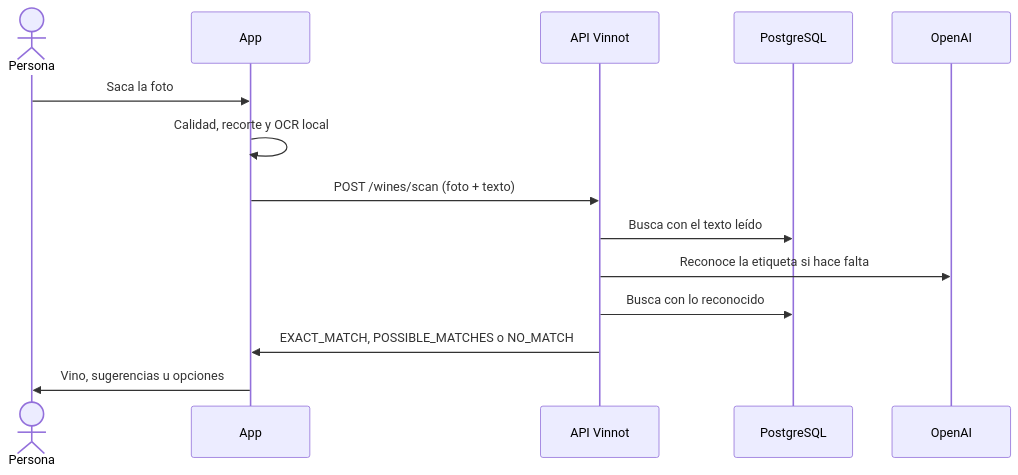
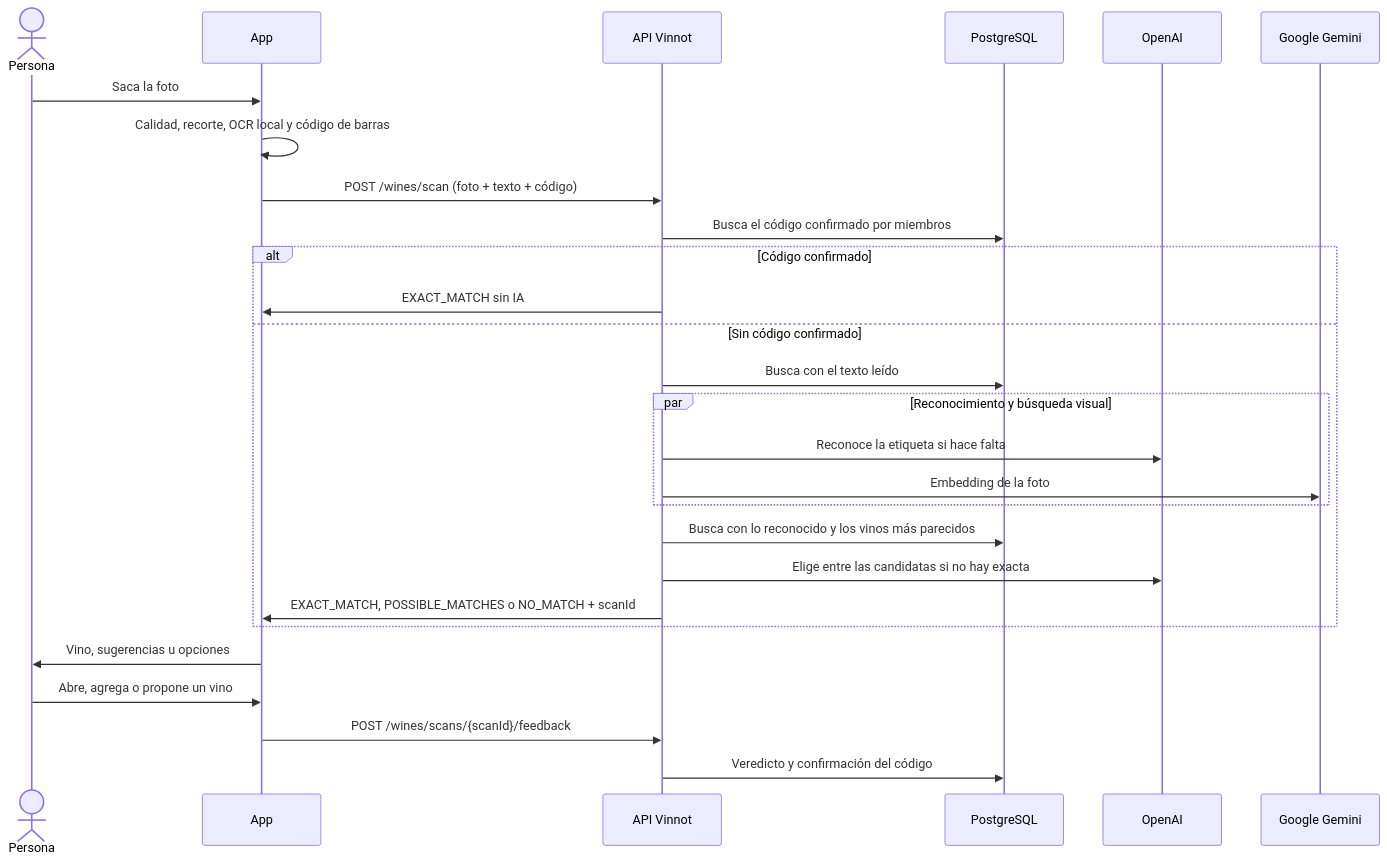
Before and after one commit to Bielaszczuk/vinnot-demo: the diagram in docs/es/modules/wines/use-cases/uc-win-05-scan-label.md, drawn with Mermaid. The commit also changed other lines of this file and 218 other files, not shown here.

````diff
--- a/docs/es/modules/wines/use-cases/uc-win-05-scan-label.md
+++ b/docs/es/modules/wines/use-cases/uc-win-05-scan-label.md
@@ -52,16 +74,29 @@
 ```mermaid
 sequenceDiagram
     actor U as Persona
     participant APP as App
     participant API as API Vinnot
     participant DB as PostgreSQL
     participant AI as OpenAI
+    participant EMB as Google Gemini
     U->>APP: Saca la foto
-    APP->>APP: Calidad, recorte y OCR local
-    APP->>API: POST /wines/scan (foto + texto)
-    API->>DB: Busca con el texto leído
-    API->>AI: Reconoce la etiqueta si hace falta
-    API->>DB: Busca con lo reconocido
-    API->>APP: EXACT_MATCH, POSSIBLE_MATCHES o NO_MATCH
+    APP->>APP: Calidad, recorte, OCR local y código de barras
+    APP->>API: POST /wines/scan (foto + texto + código)
+    API->>DB: Busca el código confirmado por miembros
+    alt Código confirmado
+        API->>APP: EXACT_MATCH sin IA
+    else Sin código confirmado
+        API->>DB: Busca con el texto leído
+        par Reconocimiento y búsqueda visual
+            API->>AI: Reconoce la etiqueta si hace falta
+            API->>EMB: Embedding de la foto
+        end
+        API->>DB: Busca con lo reconocido y los vinos más parecidos
+        API->>AI: Elige entre las candidatas si no hay exacta
+        API->>APP: EXACT_MATCH, POSSIBLE_MATCHES o NO_MATCH + scanId
+    end
     APP->>U: Vino, sugerencias u opciones
+    U->>APP: Abre, agrega o propone un vino
+    APP->>API: POST /wines/scans/{scanId}/feedback
+    API->>DB: Veredicto y confirmación del código
 ```
````
